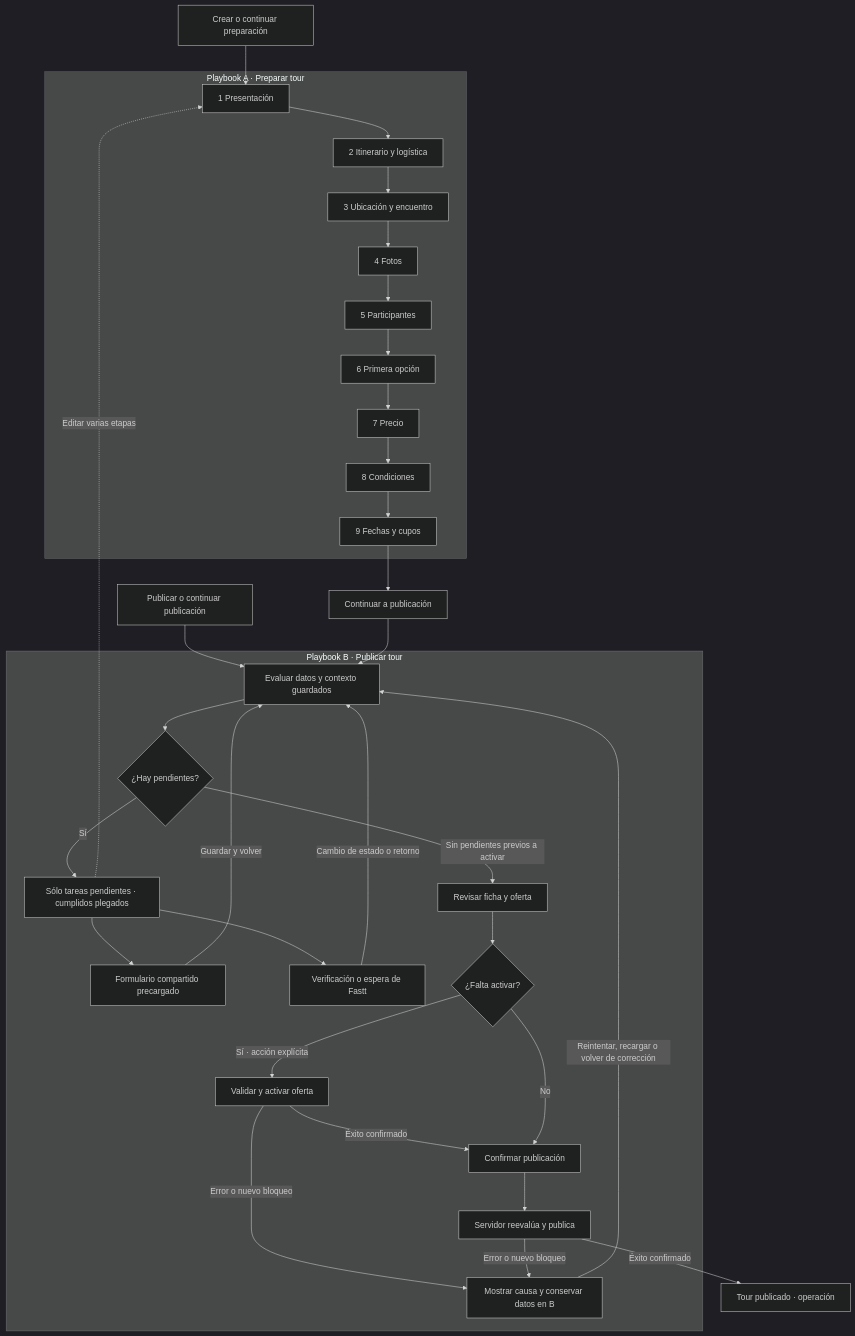
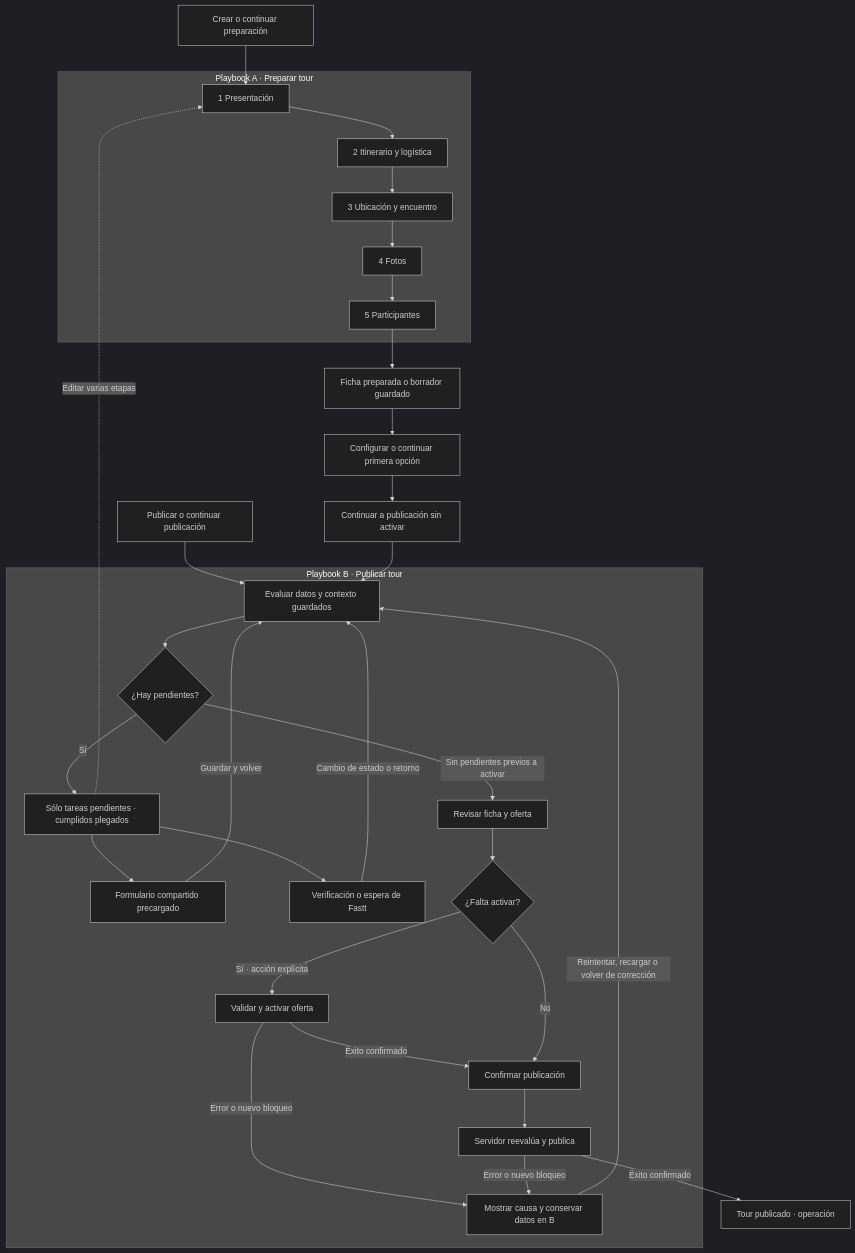
One commit to Ellaggon/fastt changed the diagram in docs/domains/tours/tour-preparation-publication.md. Above: the diagram before and after it, drawn with Mermaid (dark theme). The commit also changed other lines of this file and 50 other files, not shown here.

````diff
--- a/docs/domains/tours/tour-preparation-publication.md
+++ b/docs/domains/tours/tour-preparation-publication.md
@@ -197,30 +204,32 @@
 ```mermaid
 flowchart TD
   Crear[Crear o continuar preparación] --> A1
   subgraph A[Playbook A · Preparar tour]
     A1[1 Presentación] --> A2[2 Itinerario y logística]
-    A2 --> A3[3 Ubicación y encuentro] --> A4[4 Fotos] --> A5[5 Participantes] --> A6[6 Primera opción] --> A7[7 Precio] --> A8[8 Condiciones] --> A9[9 Fechas y cupos]
+    A2 --> A3[3 Ubicación y encuentro] --> A4[4 Fotos] --> A5[5 Participantes]
   end
-  A9 --> Puente[Continuar a publicación]
+  A5 --> Cierre[Ficha preparada o borrador guardado]
+  Cierre --> Opcion[Configurar o continuar primera opción]
+  Opcion --> Puente[Continuar a publicación sin activar]
   Directo[Publicar o continuar publicación] --> Evaluar
   Puente --> Evaluar
   subgraph B[Playbook B · Publicar tour]
     Evaluar[Evaluar datos y contexto guardados] --> Pendientes{¿Hay pendientes?}
     Pendientes -->|Sí| Resumen[Sólo tareas pendientes · cumplidos plegados]
     Resumen --> Formulario[Formulario compartido precargado]
     Formulario -->|Guardar y volver| Evaluar
     Resumen --> Verificacion[Verificación o espera de Fastt]
     Verificacion -->|Cambio de estado o retorno| Evaluar
     Pendientes -->|Sin pendientes previos a activar| Revision[Revisar ficha y oferta]
     Revision --> Activar{¿Falta activar?}
     Activar -->|Sí · acción explícita| Activacion[Validar y activar oferta]
     Activacion -->|Éxito confirmado| Confirmar[Confirmar publicación]
     Activacion -->|Error o nuevo bloqueo| Error[Mostrar causa y conservar datos en B]
     Activar -->|No| Confirmar
     Confirmar --> Publicar[Servidor reevalúa y publica]
     Publicar -->|Error o nuevo bloqueo| Error
     Error -->|Reintentar, recargar o volver de corrección| Evaluar
   end
   Publicar -->|Éxito confirmado| Operacion[Tour publicado · operación]
   Resumen -. Editar varias etapas .-> A1
 ```
````
